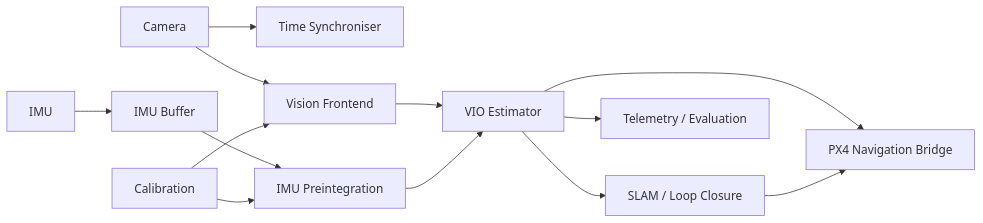
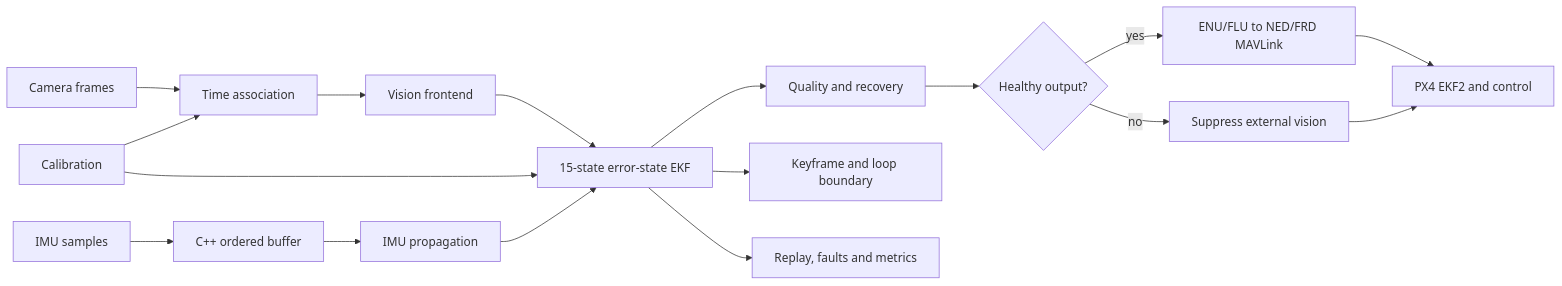
One commit to sri1650/visual-inertial-uav-navigation changed the first of 2 diagrams in docs/architecture.md. Above: the diagram before and after it, drawn with Mermaid. The commit also changed other lines of this file and 5 other files, not shown here.

Commit message:
Publish measured benchmark and architecture evidence

````diff
--- a/docs/architecture.md
+++ b/docs/architecture.md
@@ -5,15 +7,19 @@
 ```mermaid
 flowchart LR
-  CAM[Camera] --> SYNC[Time Synchroniser]
-  IMU[IMU] --> BUF[IMU Buffer]
-  BUF --> PRE[IMU Preintegration]
-  CAM --> FE[Vision Frontend]
-  CAL[Calibration] --> FE
-  CAL --> PRE
-  FE --> EST[VIO Estimator]
-  PRE --> EST
-  EST --> SLAM[SLAM / Loop Closure]
-  EST --> NAV[PX4 Navigation Bridge]
-  EST --> LOG[Telemetry / Evaluation]
-  SLAM --> NAV
+  CAM[Camera frames] --> SYNC[Time association]
+  IMU[IMU samples] --> BUF[C++ ordered buffer]
+  CAL[Calibration] --> SYNC
+  CAL --> EKF
+  SYNC --> FE[Vision frontend]
+  BUF --> PRE[IMU propagation]
+  FE --> EKF[15-state error-state EKF]
+  PRE --> EKF
+  EKF --> HEALTH[Quality and recovery]
+  HEALTH --> GATE{Healthy output?}
+  GATE -->|yes| BRIDGE[ENU/FLU to NED/FRD MAVLink]
+  GATE -->|no| SUPPRESS[Suppress external vision]
+  BRIDGE --> PX4[PX4 EKF2 and control]
+  SUPPRESS --> PX4
+  EKF --> KF[Keyframe and loop boundary]
+  EKF --> EVAL[Replay, faults and metrics]
 ```
````
